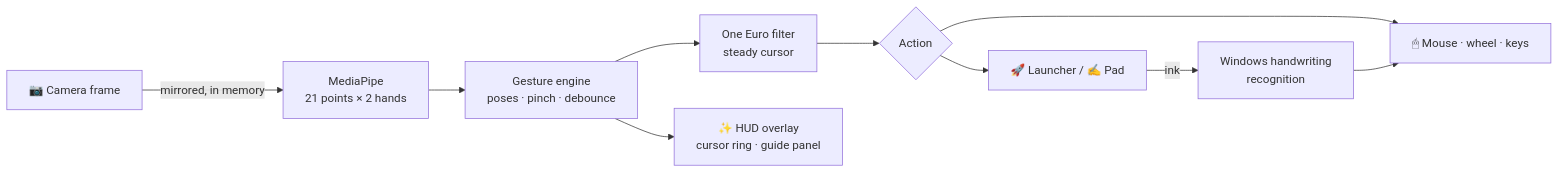
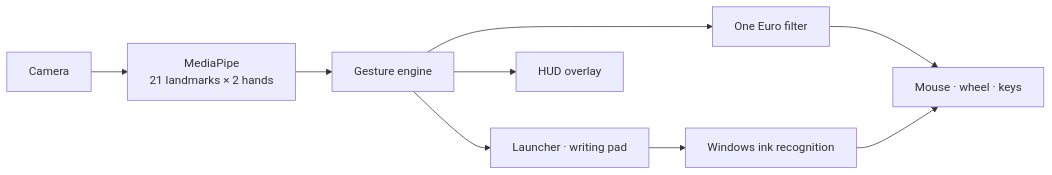
Before and after one commit to genevieve-beaumont/ZEHEN-Jarvis: the diagram in README.md, drawn with Mermaid. The commit also changed other lines of this file and 2 other files, not shown here.

````diff
--- a/README.md
+++ b/README.md
@@ -103,11 +79,10 @@
 ```mermaid
 flowchart LR
-    A[📷 Camera frame] -->|mirrored, in memory| B[MediaPipe<br>21 points × 2 hands]
-    B --> C[Gesture engine<br>poses · pinch · debounce]
-    C --> D[One Euro filter<br>steady cursor]
-    D --> E{Action}
-    E --> F[🖱 Mouse · wheel · keys]
-    E --> G[🚀 Launcher / ✍️ Pad]
-    G -->|ink| H[Windows handwriting<br>recognition] --> F
-    C --> I[✨ HUD overlay<br>cursor ring · guide panel]
+    A[Camera] --> B[MediaPipe<br>21 landmarks × 2 hands]
+    B --> C[Gesture engine]
+    C --> D[One Euro filter]
+    D --> E[Mouse · wheel · keys]
+    C --> F[Launcher · writing pad]
+    F --> G[Windows ink recognition] --> E
+    C --> H[HUD overlay]
 ```
````
